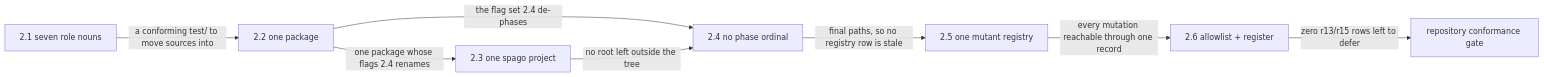
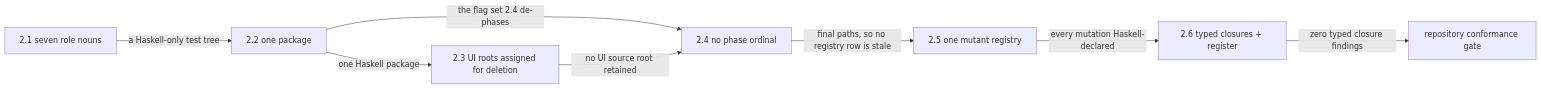
One commit to Tuee22/amoebius changed the diagram in DEVELOPMENT_PLAN/phase_02_repository_layout_conformance.md. Above: the diagram before and after it, drawn with Mermaid. The commit also changed other lines of this file and 149 other files, not shown here.

````diff
--- a/DEVELOPMENT_PLAN/phase_02_repository_layout_conformance.md
+++ b/DEVELOPMENT_PLAN/phase_02_repository_layout_conformance.md
@@ -128,18 +128,18 @@
 ```mermaid
 flowchart LR
   %% register: orientation
   s1["2.1 seven role nouns"]
   s2["2.2 one package"]
-  s3["2.3 one spago project"]
+  s3["2.3 UI roots assigned for deletion"]
   s4["2.4 no phase ordinal"]
   s5["2.5 one mutant registry"]
-  s6["2.6 allowlist + register"]
+  s6["2.6 typed closures + register"]
   gate["repository conformance gate"]
-  s1 -->|"a conforming test/ to move sources into"| s2
-  s2 -->|"one package whose flags 2.4 renames"| s3
+  s1 -->|"a Haskell-only test tree"| s2
+  s2 -->|"one Haskell package"| s3
   s2 -->|"the flag set 2.4 de-phases"| s4
-  s3 -->|"no root left outside the tree"| s4
+  s3 -->|"no UI source root retained"| s4
   s4 -->|"final paths, so no registry row is stale"| s5
-  s5 -->|"every mutation reachable through one record"| s6
-  s6 -->|"zero r13/r15 rows left to defer"| gate
+  s5 -->|"every mutation Haskell-declared"| s6
+  s6 -->|"zero typed closure findings"| gate
 ```
````
